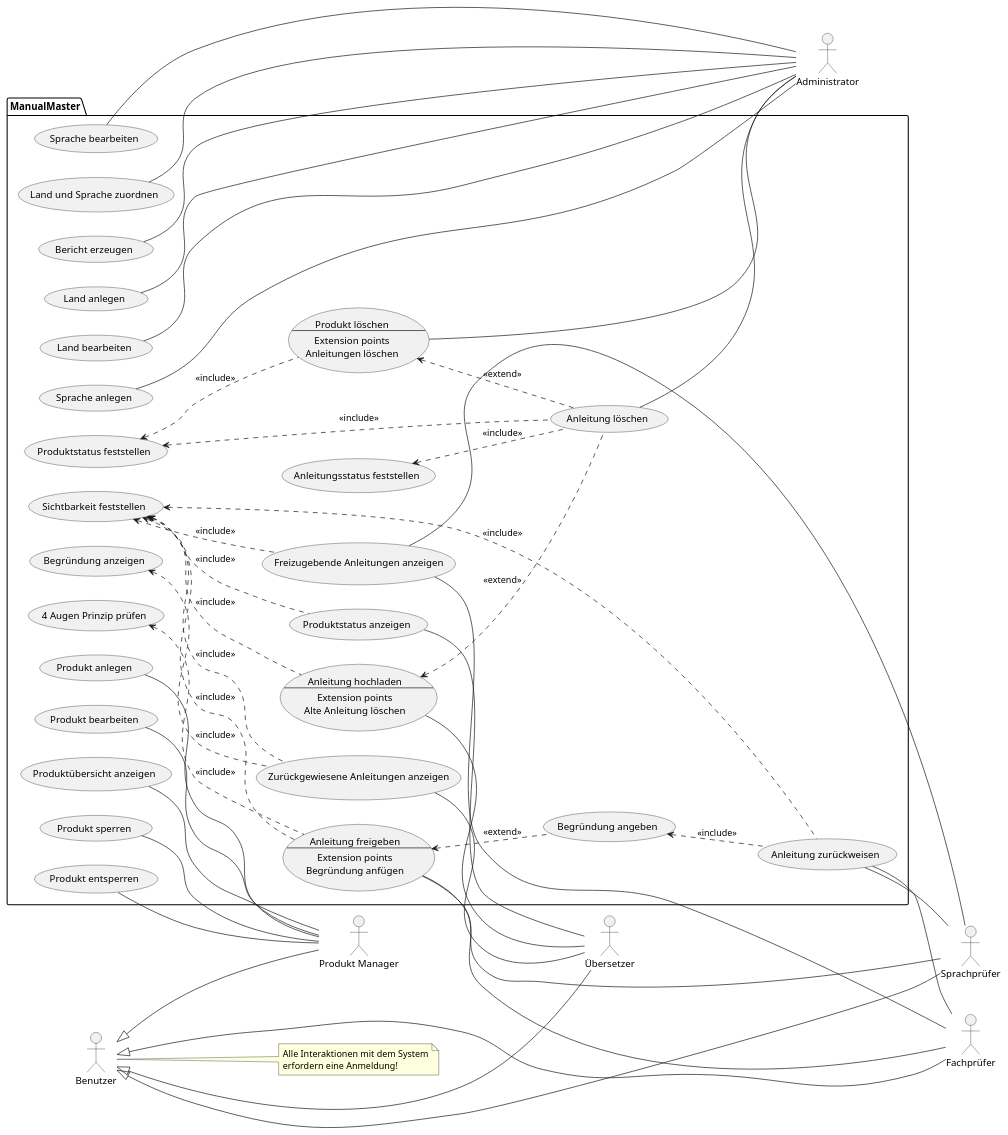
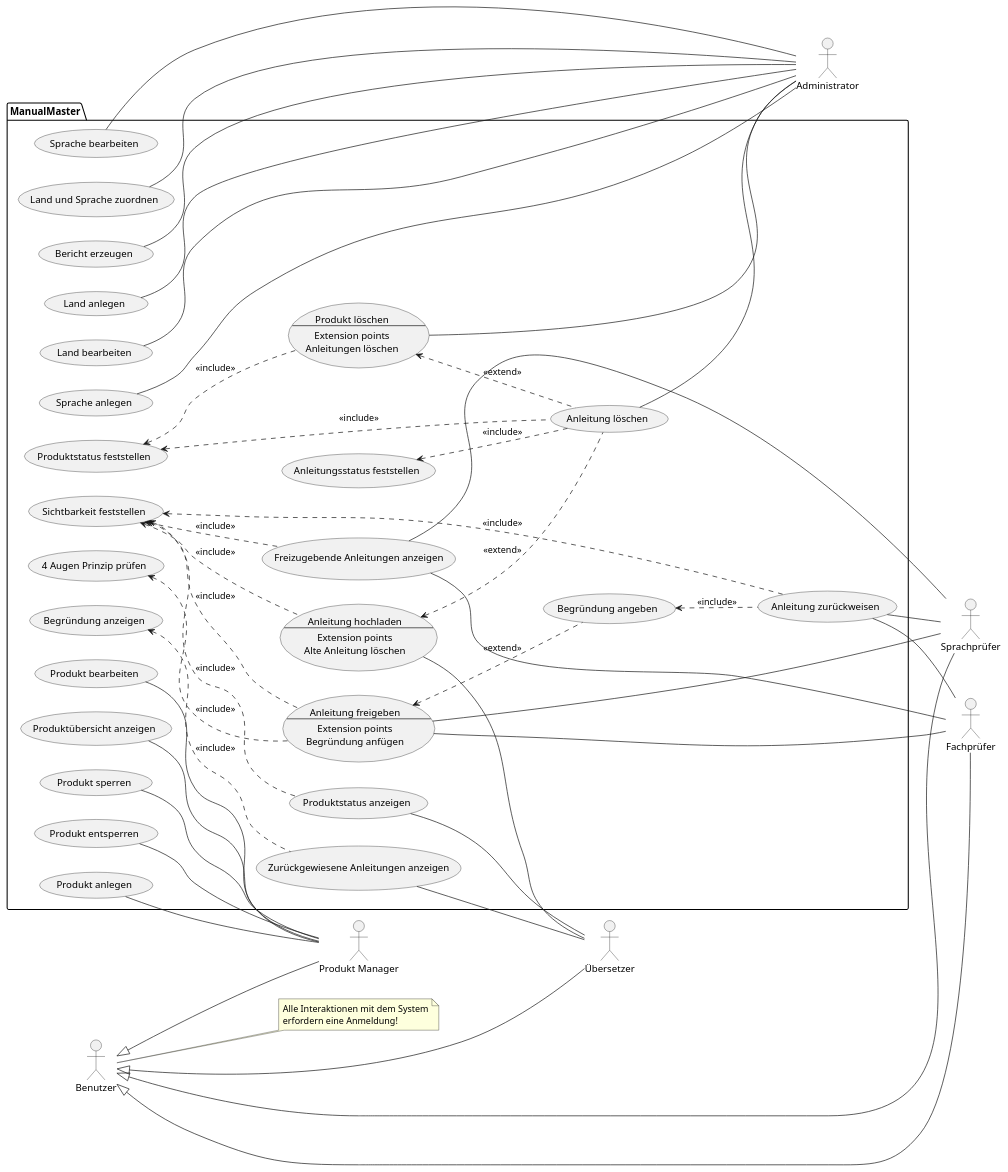
One commit to SgtMate/ManualMaster_UML changed the diagram in Use-Case-Modell.pu. Above: the diagram before and after it, drawn with PlantUML. The commit also changed 1 other file, not shown here.

```diff
--- a/Use-Case-Modell.pu
+++ b/Use-Case-Modell.pu
@@ -1,110 +1,109 @@
 @startuml Aufgabe_3a
 'Akteure
 actor :Produkt Manager: as PM
 actor :Übersetzer: as UE
 actor :Sprachprüfer: as SP
 actor :Fachprüfer: as FP
 actor :Benutzer: as B
 note "Alle Interaktionen mit dem System\nerfordern eine Anmeldung!" as Note1
 B .. Note1
 actor :Administrator: as A
 
 B <|-- PM
 B <|-- UE
 B <|-- SP
 B <|-- FP
 
 'TODO: Begrüdungen für Extends anfügen!!!
 package ManualMaster {
 'Use Cases
 usecase "Produkt anlegen" as PA
 usecase "Produkt bearbeiten" as PB
 usecase PL as "Produkt löschen
 --
 Extension points
 Anleitungen löschen"
 usecase "Land anlegen" as LA
 usecase "Land bearbeiten" as LB
 usecase "Sprache anlegen" as SA
 usecase "Sprache bearbeiten" as SB
 usecase "Land und Sprache zuordnen" as LS
 usecase AH as "Anleitung hochladen
 --
 Extension points
 Alte Anleitung löschen"
 usecase "Anleitung löschen" as AL
 PL <.. AL : <<extend>>
 AH <.. AL : <<extend>>
 usecase "Freizugebende Anleitungen anzeigen" as AA
 usecase AF as "Anleitung freigeben
 --
 Extension points
 Begründung anfügen"
 usecase "Anleitung zurückweisen" as AR
 usecase "Produktstatus anzeigen" as PS
 usecase "Zurückgewiesene Anleitungen anzeigen" as ZA
 usecase "Produktübersicht anzeigen" as PU
 usecase "Produkt sperren" as SP2
 usecase "Produkt entsperren" as EP
 usecase "Bericht erzeugen" as BE
 left to right direction
 'Include und Extend
 usecase "Sichtbarkeit feststellen" as SF
 SF <.. AA : <<include>>
 SF <.. AF : <<include>>
 SF <.. AR : <<include>>
 SF <.. PS : <<include>>
-SF <.. ZA : <<include>>
 SF <.. AH : <<include>>
 usecase "4 Augen Prinzip prüfen" as 4AP
 4AP <.. AF : <<include>>
 usecase "Begründung angeben" as BA
 BA <.. AR : <<include>>
 AF <.. BA : <<extend>>
 usecase "Begründung anzeigen" as BA2
 BA2 <.. ZA : <<include>>
 usecase "Produktstatus feststellen" as PS2
 PS2 <.. AL : <<include>>
 PS2 <.. PL : <<include>>
 usecase "Anleitungsstatus feststellen" as AS
 AS <.. AL : <<include>>
 'Anmelden wird nicht gezeigt, da es zu unübersichtlich wird! (siehe Anmerkung oben)
 'usecase "Anmelden" as AM
 'AM <.. PA : <<include>>
 'AM <.. PB : <<include>>
 'AM <.. AH : <<include>>
 'AM <.. AA : <<include>>
 'AM <.. AF : <<include>>
 'AM <.. AR : <<include>>
 'AM <.. PS : <<include>>
 'AM <.. ZA : <<include>>
 'AM <.. PU : <<include>>
 'AM <.. SP2 : <<include>>
 'AM <.. EP : <<include>>
 
 'Assoziationen
 PA -- PM
 PB -- PM
 LA -- A
 LB -- A
 SA -- A
 SB -- A
 AH -- UE
 AA -- SP
 AA -- FP
 AF -- SP
 AF -- FP
 AR -- SP
 AR -- FP
 PS -- UE
 ZA -- UE
 PU -- PM
 SP2 -- PM
 EP -- PM
 'AM -- B
 BE -- A
 AL -- A
 PL -- A
 LS -- A
 }
 @enduml
```
